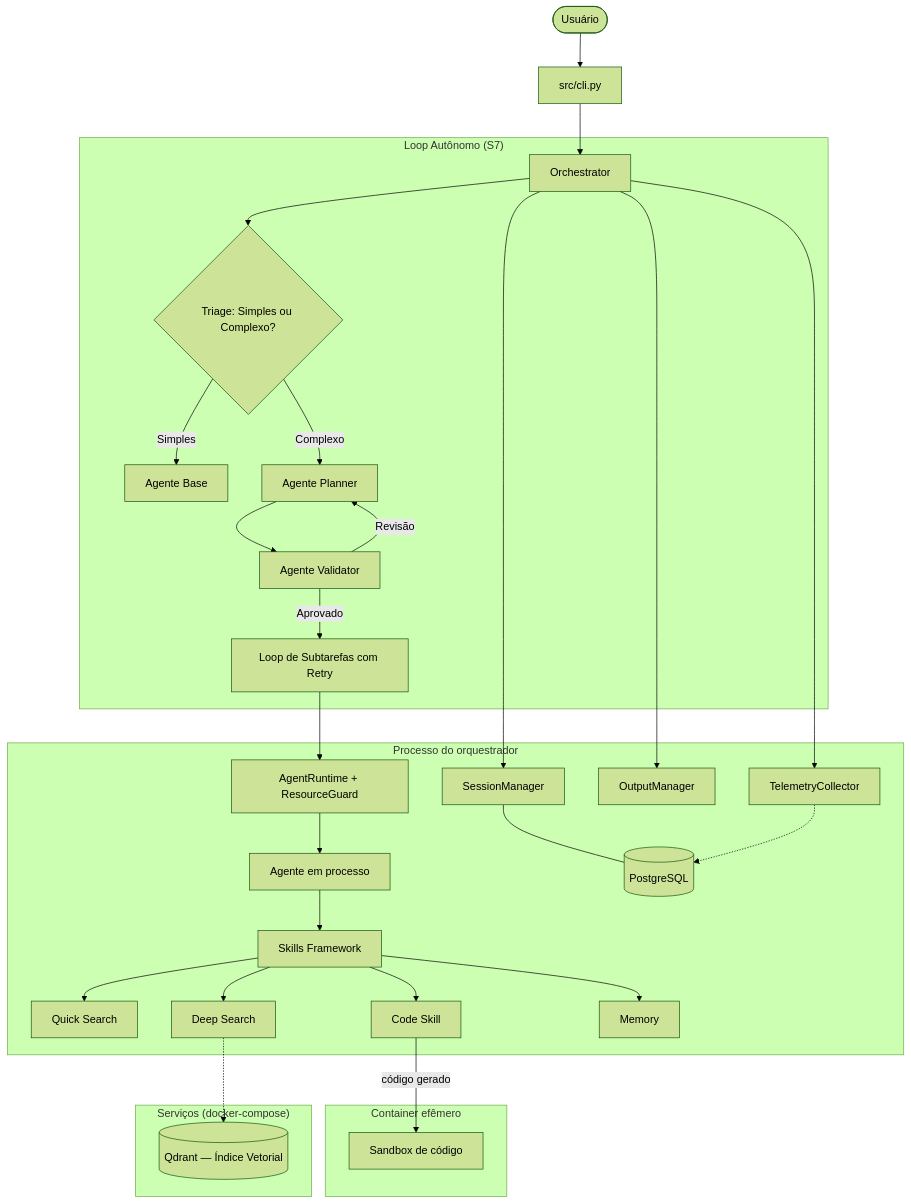
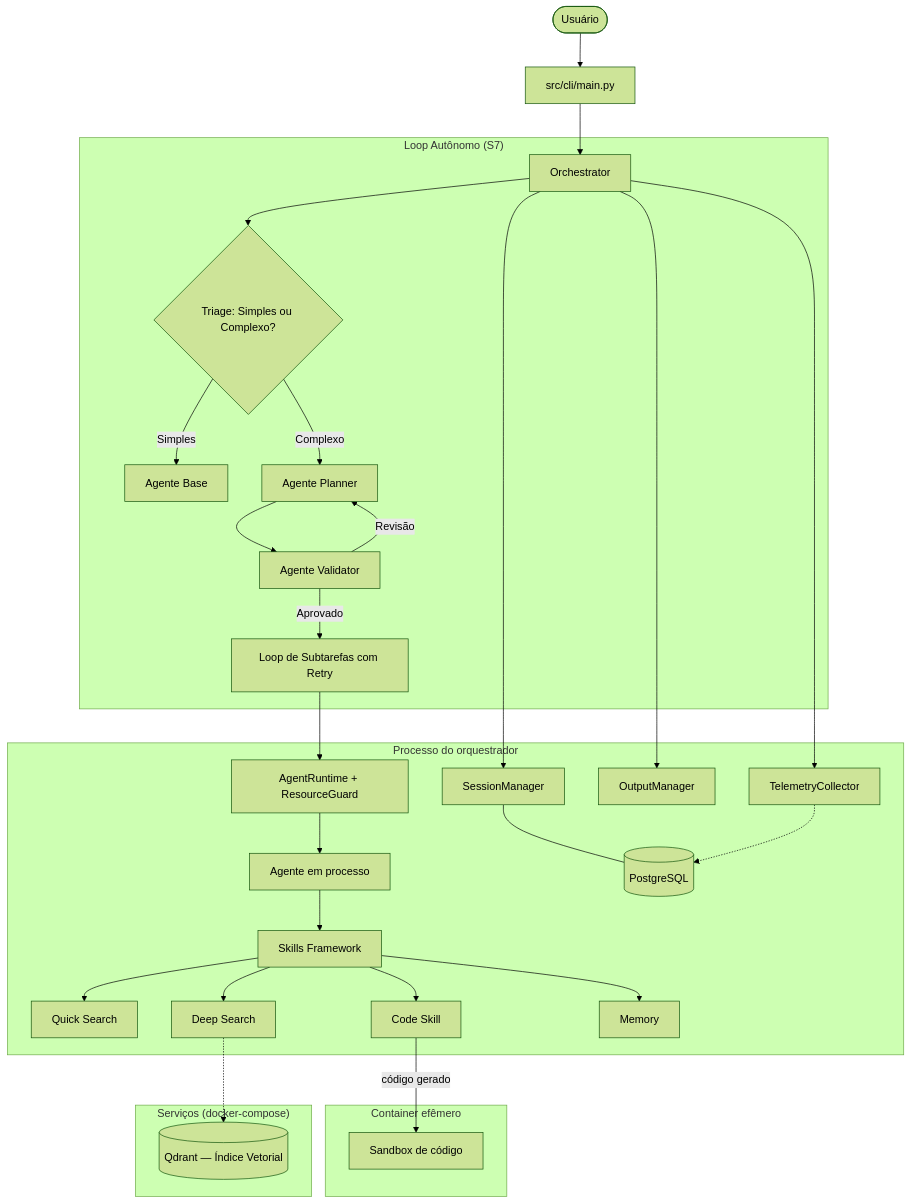
One commit to paulormnas/geminiclaw changed the diagram in README.md. Above: the diagram before and after it, drawn with Mermaid (forest theme). The commit also changed other lines of this file and 379 other files, not shown here.

````diff
--- a/README.md
+++ b/README.md
@@ -62,38 +62,38 @@
 ```mermaid
 graph TD
-    User([Usuário]) --> CLI[src/cli.py]
+    User([Usuário]) --> CLI[src/cli/main.py]
     CLI --> Orch[Orchestrator]
     
     subgraph "Loop Autônomo (S7)"
         Orch --> Triage{Triage: Simples ou Complexo?}
         Triage -- Simples --> BaseAgent[Agente Base]
         Triage -- Complexo --> Planner[Agente Planner]
         Planner --> Validator[Agente Validator]
         Validator -- Revisão --> Planner
         Validator -- Aprovado --> ExecLoop[Loop de Subtarefas com Retry]
     end
 
     subgraph "Processo do orquestrador"
         ExecLoop --> RT[AgentRuntime + ResourceGuard]
         Orch --> SM[SessionManager]
         Orch --> OM[OutputManager]
         SM --- DB[(PostgreSQL)]
         Orch --> TEL[TelemetryCollector]
         TEL -.-> DB
         RT --> Agent[Agente em processo]
         Agent --> Skills[Skills Framework]
         Skills --> QS[Quick Search]
         Skills --> DS[Deep Search]
         Skills --> CS[Code Skill]
         Skills --> Mem[Memory]
     end
 
     subgraph "Container efêmero"
         CS -- código gerado --> Sandbox[Sandbox de código]
     end
 
     subgraph "Serviços (docker-compose)"
         Qdrant[(Qdrant — Índice Vetorial)]
         DS -.-> Qdrant
     end
 ```
````
